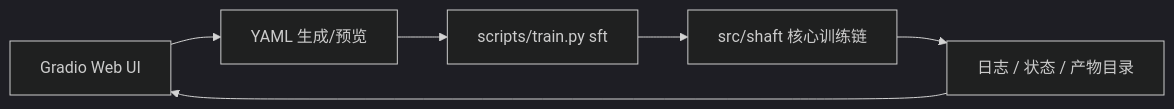
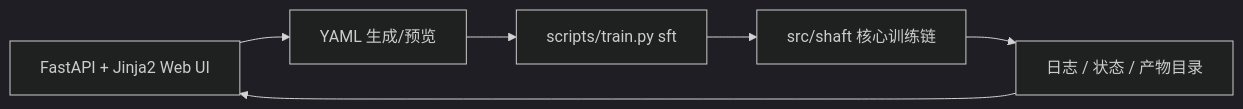
One commit to BITnene465/shaft changed the first of 2 diagrams in docs/webui.md. Above: the diagram before and after it, drawn with Mermaid (dark theme). The commit also changed other lines of this file and 24 other files, not shown here.

Commit message:
迁移 Web UI 到 FastAPI 并完善训练控制台

````diff
--- a/docs/webui.md
+++ b/docs/webui.md
@@ -63,8 +67,8 @@
 ```mermaid
 flowchart LR
-    UI["Gradio Web UI"] --> YAML["YAML 生成/预览"]
+    UI["FastAPI + Jinja2 Web UI"] --> YAML["YAML 生成/预览"]
     YAML --> CLI["scripts/train.py sft"]
     CLI --> CORE["src/shaft 核心训练链"]
     CORE --> LOG["日志 / 状态 / 产物目录"]
     LOG --> UI
 ```
````
